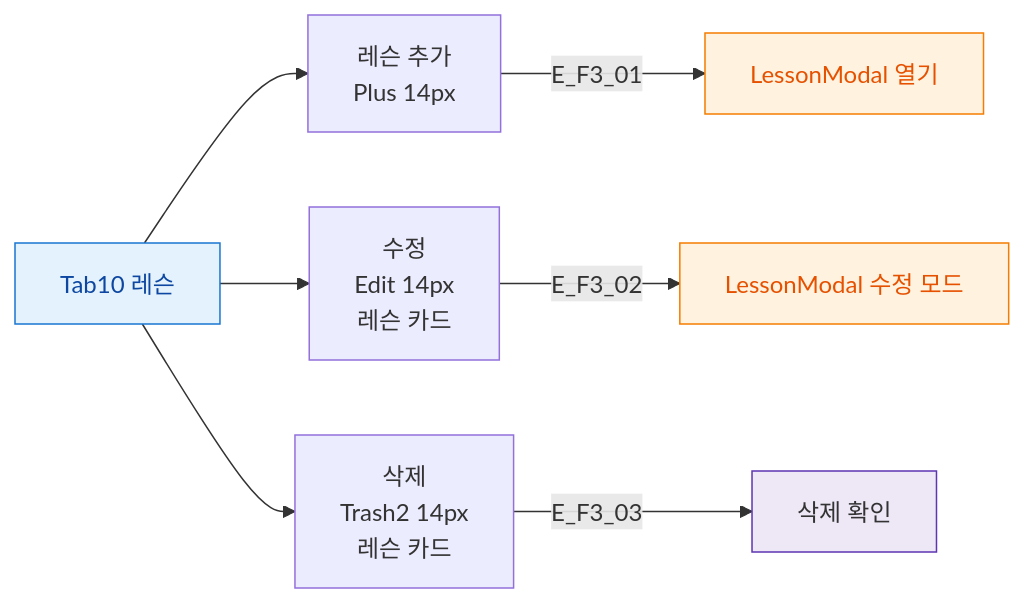
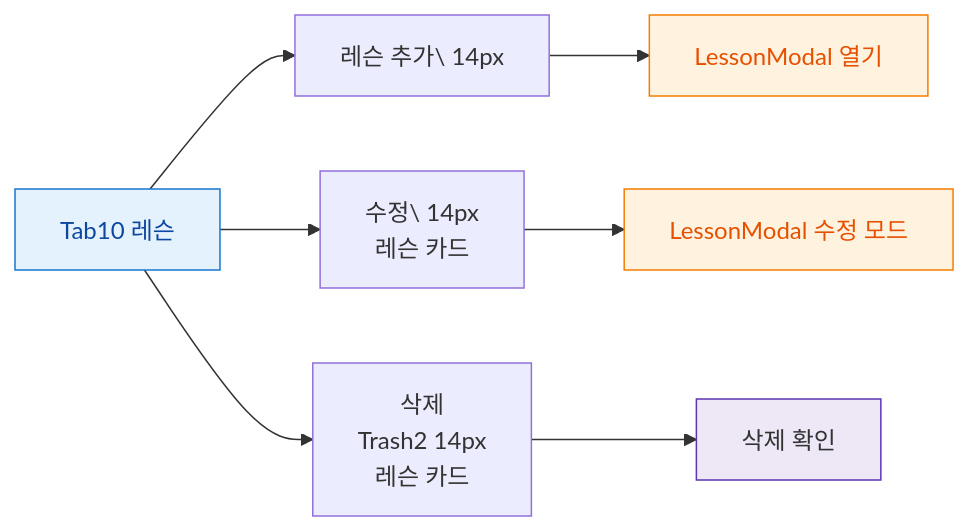
Before and after one commit to dev-spogym/admin-pando: the diagram in docs/다이어그램/D02_회원관리/SCR-M004_회원상세/Tab10_레슨/F3_버튼액션.md, drawn with Mermaid. The commit also changed other lines of this file and 1660 other files, not shown here.

First line of the commit message:
다이어그램: 기획자/클라이언트 납품본으로 정리

````diff
--- a/docs/다이어그램/D02_회원관리/SCR-M004_회원상세/Tab10_레슨/F3_버튼액션.md
+++ b/docs/다이어그램/D02_회원관리/SCR-M004_회원상세/Tab10_레슨/F3_버튼액션.md
@@ -22,17 +20,17 @@
 ```mermaid
 flowchart LR
-  TAB[Tab10 레슨] --> B1[레슨 추가\nPlus 14px]
-  TAB --> B2[수정\nEdit 14px\n레슨 카드]
+  TAB[Tab10 레슨] --> B1[레슨 추가\ 14px]
+  TAB --> B2[수정\ 14px\n레슨 카드]
   TAB --> B3[삭제\nTrash2 14px\n레슨 카드]
 
-  B1 -->|E_F3_01| MODAL[LessonModal 열기]
-  B2 -->|E_F3_02| EDIT_MODAL[LessonModal 수정 모드]
-  B3 -->|E_F3_03| DEL_CONFIRM[삭제 확인]
+  B1 --> MODAL[LessonModal 열기]
+  B2 --> EDIT_MODAL[LessonModal 수정 모드]
+  B3 --> DEL_CONFIRM[삭제 확인]
 
   classDef screen fill:#E3F2FD,stroke:#1976D2,color:#0D47A1
   classDef modal fill:#FFF3E0,stroke:#F57C00,color:#E65100
   classDef system fill:#EDE7F6,stroke:#5E35B2
   class TAB screen
   class MODAL,EDIT_MODAL modal
   class DEL_CONFIRM system
 ```
````
